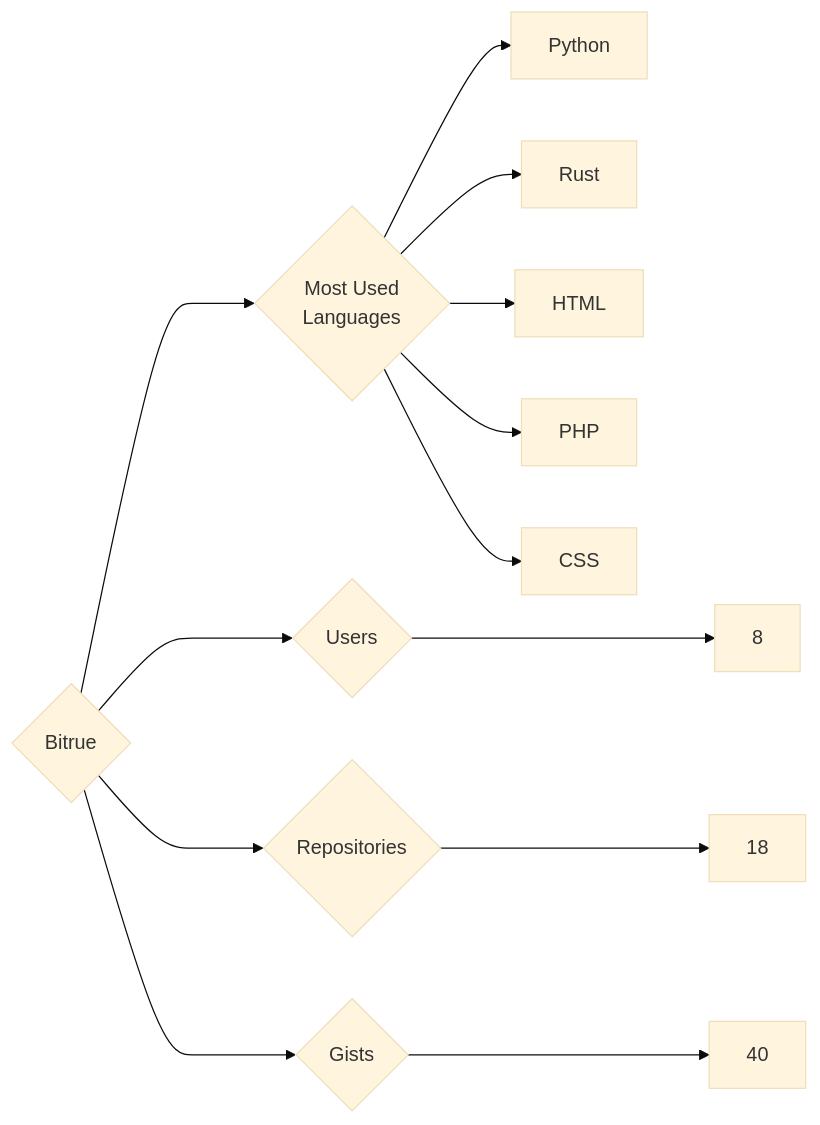
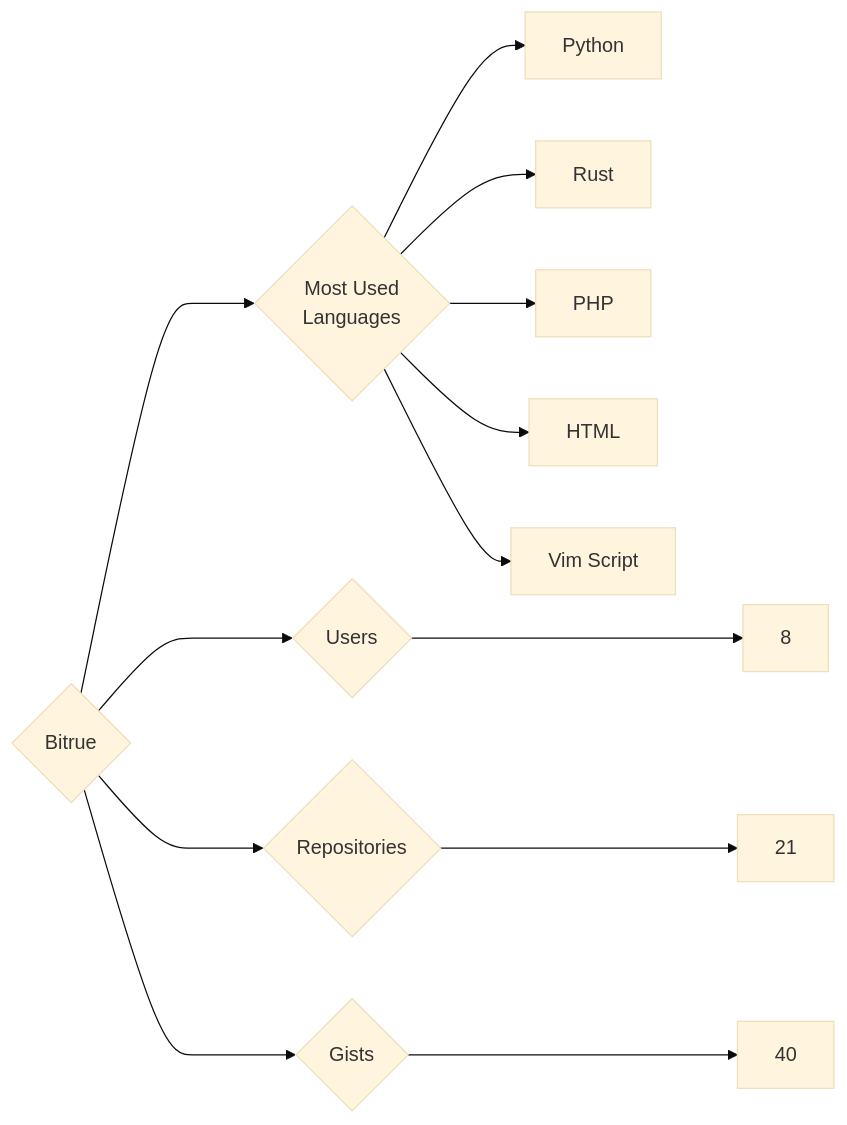
The diagram in targets/Bitrue/README.md (trickest/insiders), drawn with Mermaid (base theme) before and after one commit. The commit also changed 1088 other files, not shown here.

````diff
--- a/targets/Bitrue/README.md
+++ b/targets/Bitrue/README.md
@@ -3,13 +3,13 @@
 ```mermaid
 graph LR
 COMPANY_NAME{Bitrue}
 COMPANY_NAME ---> U{Users} ---> UN[8]
-COMPANY_NAME ---> R{Repositories} ---> RN[18]
+COMPANY_NAME ---> R{Repositories} ---> RN[21]
 COMPANY_NAME ---> G{Gists} ---> GN[40]
 COMPANY_NAME ---> ML{Most Used<br>Languages}
 ML --> Python[Python]
 ML --> Rust[Rust]
+ML --> PHP[PHP]
 ML --> HTML[HTML]
-ML --> PHP[PHP]
-ML --> CSS[CSS]
+ML --> Vim_Script[Vim Script]
 ```
````
